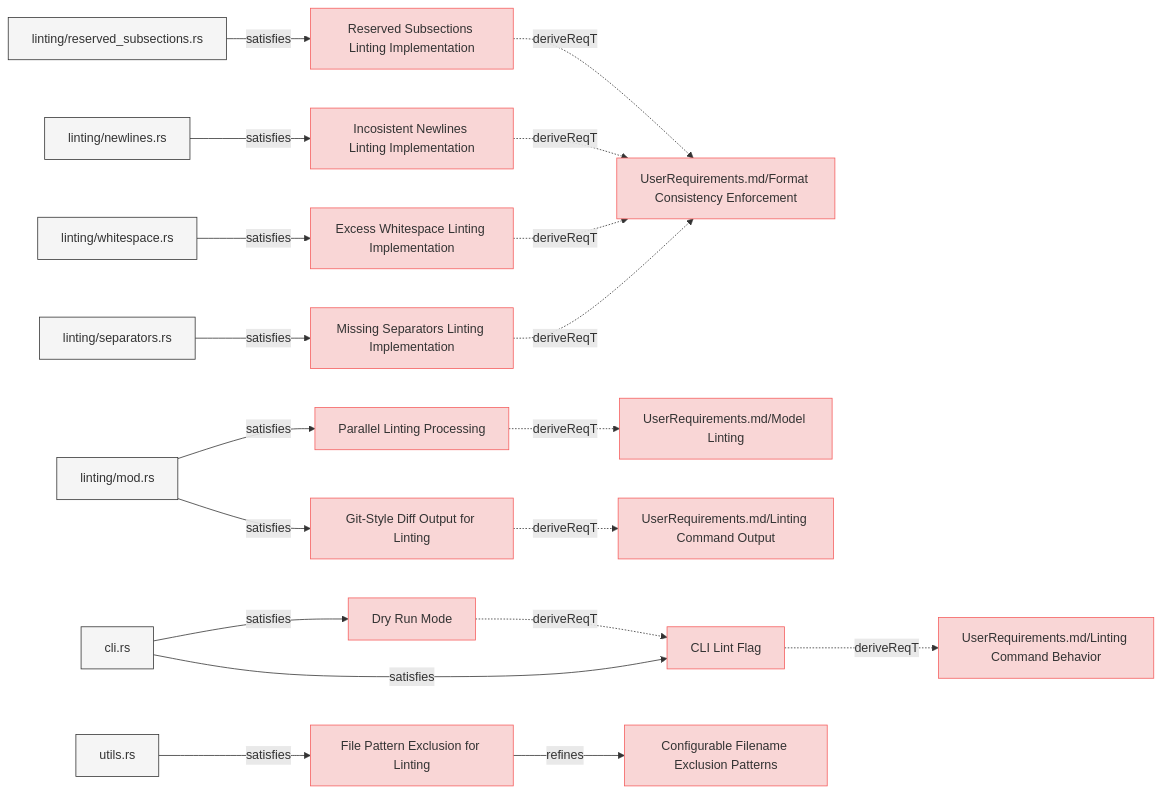
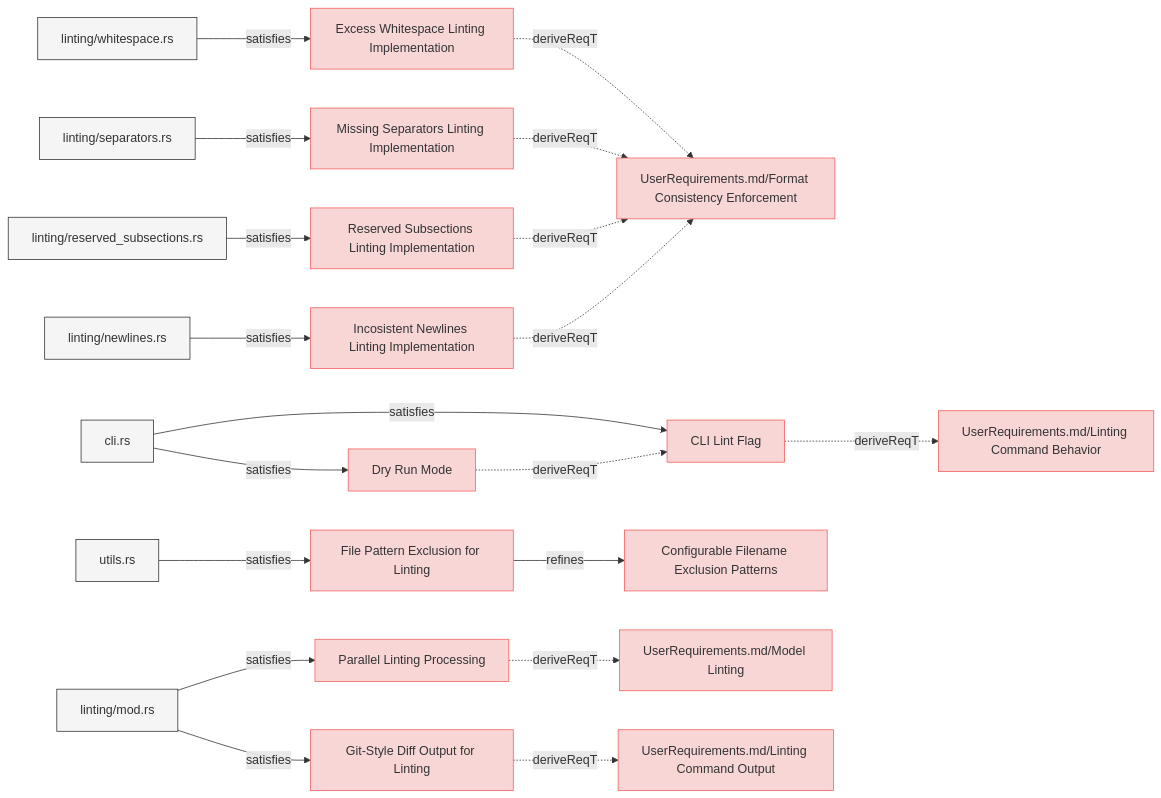
The first of 8 diagrams in specifications/SystemRequirements/Requirements.md (reqvire-org/reqvire), drawn with Mermaid before and after one commit. The commit also changed other lines of this file and 16 other files, not shown here.

````diff
--- a/specifications/SystemRequirements/Requirements.md
+++ b/specifications/SystemRequirements/Requirements.md
@@ -9,85 +9,85 @@
   classDef externalLink fill:#d0e0ff,stroke:#3080ff,stroke-width:1px;
   classDef default fill:#f5f5f5,stroke:#333333,stroke-width:1px;
 
-  7c2ad2603d27c318["Git-Style Diff Output for Linting"];
-  click 7c2ad2603d27c318 "https://github.com/Reqvire/reqvire/blob/92e82ef235559b4819fd85d700024b79b452d8e3/specifications/SystemRequirements/Requirements.md#git-style-diff-output-for-linting";
-  class 7c2ad2603d27c318 requirement;
-  62c066a5aad4dafe["UserRequirements.md/Linting Command Output"];
-  class 62c066a5aad4dafe requirement;
-  click 62c066a5aad4dafe "https://github.com/Reqvire/reqvire/blob/92e82ef235559b4819fd85d700024b79b452d8e3/specifications/UserRequirements.md#linting-command-output";
-  7c2ad2603d27c318 -.->|deriveReqT| 62c066a5aad4dafe;
-  3e39cdcf485c5250["linting/mod.rs"];
-  class 3e39cdcf485c5250 default;
-  click 3e39cdcf485c5250 "https://github.com/Reqvire/reqvire/blob/92e82ef235559b4819fd85d700024b79b452d8e3/core/src/linting/mod.rs";
-  3e39cdcf485c5250 -->|satisfies| 7c2ad2603d27c318;
-  f540b21f7eced636["Missing Separators Linting Implementation"];
-  click f540b21f7eced636 "https://github.com/Reqvire/reqvire/blob/92e82ef235559b4819fd85d700024b79b452d8e3/specifications/SystemRequirements/Requirements.md#missing-separators-linting-implementation";
-  class f540b21f7eced636 requirement;
+  ab8dfb01e717d34["Excess Whitespace Linting Implementation"];
+  click ab8dfb01e717d34 "https://github.com/Reqvire/reqvire/blob/30536324899084e88969175e3613c971ffa6e108/specifications/SystemRequirements/Requirements.md#excess-whitespace-linting-implementation";
+  class ab8dfb01e717d34 requirement;
   1ddbeea0cf8eaad5["UserRequirements.md/Format Consistency Enforcement"];
   class 1ddbeea0cf8eaad5 requirement;
-  click 1ddbeea0cf8eaad5 "https://github.com/Reqvire/reqvire/blob/92e82ef235559b4819fd85d700024b79b452d8e3/specifications/UserRequirements.md#format-consistency-enforcement";
+  click 1ddbeea0cf8eaad5 "https://github.com/Reqvire/reqvire/blob/30536324899084e88969175e3613c971ffa6e108/specifications/UserRequirements.md#format-consistency-enforcement";
+  ab8dfb01e717d34 -.->|deriveReqT| 1ddbeea0cf8eaad5;
+  fd5178bf78bae55c["linting/whitespace.rs"];
+  class fd5178bf78bae55c default;
+  click fd5178bf78bae55c "https://github.com/Reqvire/reqvire/blob/30536324899084e88969175e3613c971ffa6e108/core/src/linting/whitespace.rs";
+  fd5178bf78bae55c -->|satisfies| ab8dfb01e717d34;
+  f540b21f7eced636["Missing Separators Linting Implementation"];
+  click f540b21f7eced636 "https://github.com/Reqvire/reqvire/blob/30536324899084e88969175e3613c971ffa6e108/specifications/SystemRequirements/Requirements.md#missing-separators-linting-implementation";
+  class f540b21f7eced636 requirement;
   f540b21f7eced636 -.->|deriveReqT| 1ddbeea0cf8eaad5;
   45e2af09e602182a["linting/separators.rs"];
   class 45e2af09e602182a default;
-  click 45e2af09e602182a "https://github.com/Reqvire/reqvire/blob/92e82ef235559b4819fd85d700024b79b452d8e3/core/src/linting/separators.rs";
+  click 45e2af09e602182a "https://github.com/Reqvire/reqvire/blob/30536324899084e88969175e3613c971ffa6e108/core/src/linting/separators.rs";
   45e2af09e602182a -->|satisfies| f540b21f7eced636;
+  56174a2a92eb637["Reserved Subsections Linting Implementation"];
+  click 56174a2a92eb637 "https://github.com/Reqvire/reqvire/blob/30536324899084e88969175e3613c971ffa6e108/specifications/SystemRequirements/Requirements.md#reserved-subsections-linting-implementation";
+  class 56174a2a92eb637 requirement;
+  56174a2a92eb637 -.->|deriveReqT| 1ddbeea0cf8eaad5;
+  8c7c2481d50c628c["linting/reserved_subsections.rs"];
+  class 8c7c2481d50c628c default;
+  click 8c7c2481d50c628c "https://github.com/Reqvire/reqvire/blob/30536324899084e88969175e3613c971ffa6e108/core/src/linting/indentation.rs";
+  8c7c2481d50c628c -->|satisfies| 56174a2a92eb637;
   3f235c1000d5347f["CLI Lint Flag"];
-  click 3f235c1000d5347f "https://github.com/Reqvire/reqvire/blob/92e82ef235559b4819fd85d700024b79b452d8e3/specifications/SystemRequirements/Requirements.md#cli-lint-flag";
+  click 3f235c1000d5347f "https://github.com/Reqvire/reqvire/blob/30536324899084e88969175e3613c971ffa6e108/specifications/SystemRequirements/Requirements.md#cli-lint-flag";
   class 3f235c1000d5347f requirement;
   28b0f9fa78937e61["UserRequirements.md/Linting Command Behavior"];
   class 28b0f9fa78937e61 requirement;
-  click 28b0f9fa78937e61 "https://github.com/Reqvire/reqvire/blob/92e82ef235559b4819fd85d700024b79b452d8e3/specifications/UserRequirements.md#linting-command";
+  click 28b0f9fa78937e61 "https://github.com/Reqvire/reqvire/blob/30536324899084e88969175e3613c971ffa6e108/specifications/UserRequirements.md#linting-command";
   3f235c1000d5347f -.->|deriveReqT| 28b0f9fa78937e61;
   2f21d2133dbfd205["cli.rs"];
   class 2f21d2133dbfd205 default;
-  click 2f21d2133dbfd205 "https://github.com/Reqvire/reqvire/blob/92e82ef235559b4819fd85d700024b79b452d8e3/cli/src/cli.rs";
+  click 2f21d2133dbfd205 "https://github.com/Reqvire/reqvire/blob/30536324899084e88969175e3613c971ffa6e108/cli/src/cli.rs";
   2f21d2133dbfd205 -->|satisfies| 3f235c1000d5347f;
   48e8a0b4b18111c4["File Pattern Exclusion for Linting"];
-  click 48e8a0b4b18111c4 "https://github.com/Reqvire/reqvire/blob/92e82ef235559b4819fd85d700024b79b452d8e3/specifications/SystemRequirements/Requirements.md#file-pattern-exclusion-for-linting";
+  click 48e8a0b4b18111c4 "https://github.com/Reqvire/reqvire/blob/30536324899084e88969175e3613c971ffa6e108/specifications/SystemRequirements/Requirements.md#file-pattern-exclusion-for-linting";
   class 48e8a0b4b18111c4 requirement;
   4bf74699f40f4a76["Configurable Filename Exclusion Patterns"];
   class 4bf74699f40f4a76 requirement;
-  click 4bf74699f40f4a76 "https://github.com/Reqvire/reqvire/blob/92e82ef235559b4819fd85d700024b79b452d8e3/specifications/SystemRequirements/Requirements.md#configurable-filename-exclusion-patterns";
+  click 4bf74699f40f4a76 "https://github.com/Reqvire/reqvire/blob/30536324899084e88969175e3613c971ffa6e108/specifications/SystemRequirements/Requirements.md#configurable-filename-exclusion-patterns";
   48e8a0b4b18111c4 -->|refines| 4bf74699f40f4a76;
   85989fd7bb727157["utils.rs"];
   class 85989fd7bb727157 default;
-  click 85989fd7bb727157 "https://github.com/Reqvire/reqvire/blob/92e82ef235559b4819fd85d700024b79b452d8e3/core/src/utils.rs";
+  click 85989fd7bb727157 "https://github.com/Reqvire/reqvire/blob/30536324899084e88969175e3613c971ffa6e108/core/src/utils.rs";
   85989fd7bb727157 -->|satisfies| 48e8a0b4b18111c4;
-  ab8dfb01e717d34["Excess Whitespace Linting Implementation"];
-  click ab8dfb01e717d34 "https://github.com/Reqvire/reqvire/blob/92e82ef235559b4819fd85d700024b79b452d8e3/specifications/SystemRequirements/Requirements.md#excess-whitespace-linting-implementation";
-  class ab8dfb01e717d34 requirement;
-  ab8dfb01e717d34 -.->|deriveReqT| 1ddbeea0cf8eaad5;
-  fd5178bf78bae55c["linting/whitespace.rs"];
-  class fd5178bf78bae55c default;
-  click fd5178bf78bae55c "https://github.com/Reqvire/reqvire/blob/92e82ef235559b4819fd85d700024b79b452d8e3/core/src/linting/whitespace.rs";
-  fd5178bf78bae55c -->|satisfies| ab8dfb01e717d34;
-  d21b16b30de7350d["Dry Run Mode"];
-  click d21b16b30de7350d "https://github.com/Reqvire/reqvire/blob/92e82ef235559b4819fd85d700024b79b452d8e3/specifications/SystemRequirements/Requirements.md#dry-run-mode";
-  class d21b16b30de7350d requirement;
-  d21b16b30de7350d -.->|deriveReqT| 3f235c1000d5347f;
-  2f21d2133dbfd205 -->|satisfies| d21b16b30de7350d;
   e42a0715e74ccd66["Incosistent Newlines Linting Implementation"];
-  click e42a0715e74ccd66 "https://github.com/Reqvire/reqvire/blob/92e82ef235559b4819fd85d700024b79b452d8e3/specifications/SystemRequirements/Requirements.md#incosistent-newlines-linting-implementation";
+  click e42a0715e74ccd66 "https://github.com/Reqvire/reqvire/blob/30536324899084e88969175e3613c971ffa6e108/specifications/SystemRequirements/Requirements.md#incosistent-newlines-linting-implementation";
   class e42a0715e74ccd66 requirement;
   e42a0715e74ccd66 -.->|deriveReqT| 1ddbeea0cf8eaad5;
   411d20097517505a["linting/newlines.rs"];
   class 411d20097517505a default;
-  click 411d20097517505a "https://github.com/Reqvire/reqvire/blob/92e82ef235559b4819fd85d700024b79b452d8e3/core/src/linting/newlines.rs";
+  click 411d20097517505a "https://github.com/Reqvire/reqvire/blob/30536324899084e88969175e3613c971ffa6e108/core/src/linting/newlines.rs";
   411d20097517505a -->|satisfies| e42a0715e74ccd66;
+  d21b16b30de7350d["Dry Run Mode"];
+  click d21b16b30de7350d "https://github.com/Reqvire/reqvire/blob/30536324899084e88969175e3613c971ffa6e108/specifications/SystemRequirements/Requirements.md#dry-run-mode";
+  class d21b16b30de7350d requirement;
+  d21b16b30de7350d -.->|deriveReqT| 3f235c1000d5347f;
+  2f21d2133dbfd205 -->|satisfies| d21b16b30de7350d;
   c87ad8ce58149089["Parallel Linting Processing"];
-  click c87ad8ce58149089 "https://github.com/Reqvire/reqvire/blob/92e82ef235559b4819fd85d700024b79b452d8e3/specifications/SystemRequirements/Requirements.md#parallel-linting-processing";
+  click c87ad8ce58149089 "https://github.com/Reqvire/reqvire/blob/30536324899084e88969175e3613c971ffa6e108/specifications/SystemRequirements/Requirements.md#parallel-linting-processing";
   class c87ad8ce58149089 requirement;
   84c4dc11e82e8638["UserRequirements.md/Model Linting"];
   class 84c4dc11e82e8638 requirement;
-  click 84c4dc11e82e8638 "https://github.com/Reqvire/reqvire/blob/92e82ef235559b4819fd85d700024b79b452d8e3/specifications/UserRequirements.md#model-linting";
+  click 84c4dc11e82e8638 "https://github.com/Reqvire/reqvire/blob/30536324899084e88969175e3613c971ffa6e108/specifications/UserRequirements.md#model-linting";
   c87ad8ce58149089 -.->|deriveReqT| 84c4dc11e82e8638;
+  3e39cdcf485c5250["linting/mod.rs"];
+  class 3e39cdcf485c5250 default;
+  click 3e39cdcf485c5250 "https://github.com/Reqvire/reqvire/blob/30536324899084e88969175e3613c971ffa6e108/core/src/linting/mod.rs";
   3e39cdcf485c5250 -->|satisfies| c87ad8ce58149089;
-  56174a2a92eb637["Reserved Subsections Linting Implementation"];
-  click 56174a2a92eb637 "https://github.com/Reqvire/reqvire/blob/92e82ef235559b4819fd85d700024b79b452d8e3/specifications/SystemRequirements/Requirements.md#reserved-subsections-linting-implementation";
-  class 56174a2a92eb637 requirement;
-  56174a2a92eb637 -.->|deriveReqT| 1ddbeea0cf8eaad5;
-  8c7c2481d50c628c["linting/reserved_subsections.rs"];
-  class 8c7c2481d50c628c default;
-  click 8c7c2481d50c628c "https://github.com/Reqvire/reqvire/blob/92e82ef235559b4819fd85d700024b79b452d8e3/core/src/linting/indentation.rs";
-  8c7c2481d50c628c -->|satisfies| 56174a2a92eb637;
+  7c2ad2603d27c318["Git-Style Diff Output for Linting"];
+  click 7c2ad2603d27c318 "https://github.com/Reqvire/reqvire/blob/30536324899084e88969175e3613c971ffa6e108/specifications/SystemRequirements/Requirements.md#git-style-diff-output-for-linting";
+  class 7c2ad2603d27c318 requirement;
+  62c066a5aad4dafe["UserRequirements.md/Linting Command Output"];
+  class 62c066a5aad4dafe requirement;
+  click 62c066a5aad4dafe "https://github.com/Reqvire/reqvire/blob/30536324899084e88969175e3613c971ffa6e108/specifications/UserRequirements.md#linting-command-output";
+  7c2ad2603d27c318 -.->|deriveReqT| 62c066a5aad4dafe;
+  3e39cdcf485c5250 -->|satisfies| 7c2ad2603d27c318;
 ```
````
